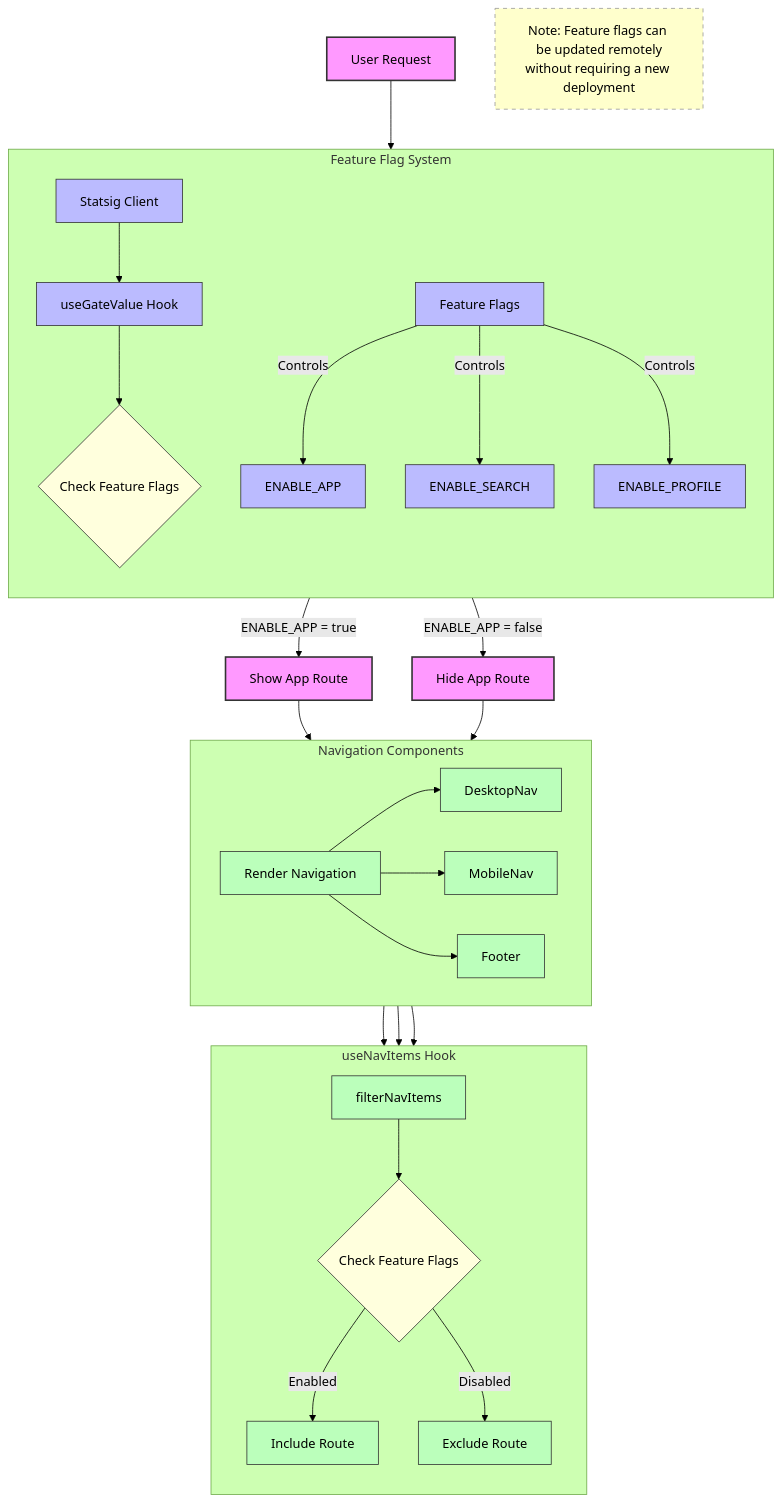
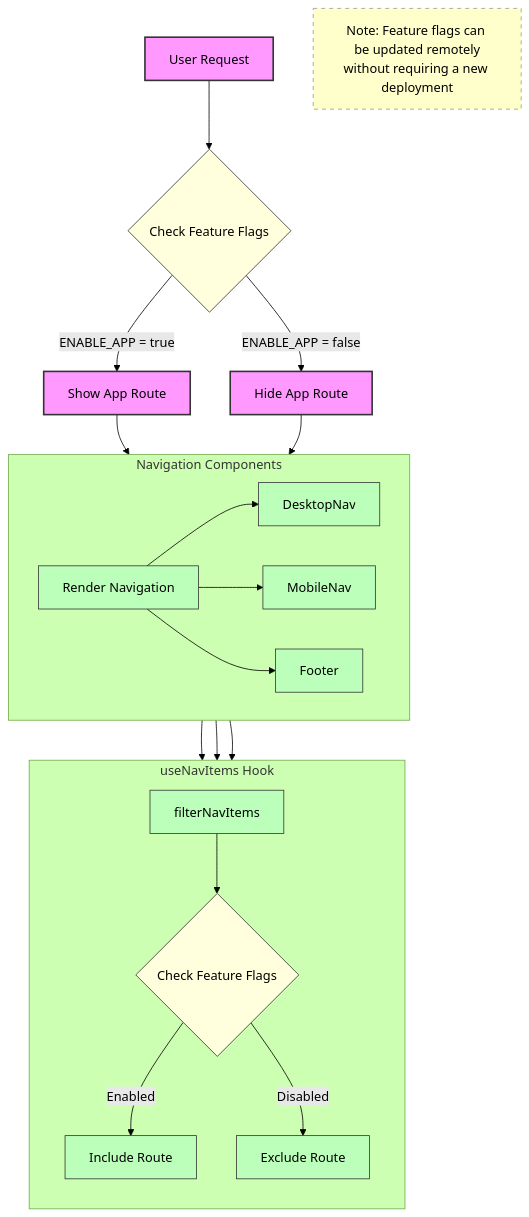
The third of 6 diagrams in README.md (sotomaque/emoji-map-next), drawn with Mermaid (forest theme) before and after one commit. The commit also changed other lines of this file and 12 other files, not shown here.

````diff
--- a/README.md
+++ b/README.md
@@ -501,57 +492,44 @@
 ```mermaid
 flowchart TD
     %% Feature Flag System Diagram
     %% Shows how feature flags control application behavior
 
     %% Define styles
     classDef userFlow fill:#f9f,stroke:#333,stroke-width:2px
     classDef featureFlag fill:#bbf,stroke:#333,stroke-width:1px
     classDef component fill:#bfb,stroke:#333,stroke-width:1px
     classDef decision fill:#ffd,stroke:#333,stroke-width:1px,shape:diamond
 
     %% User flow
     A[User Request]:::userFlow --> B{Check Feature Flags}:::decision
     B -->|ENABLE_APP = true| C[Show App Route]:::userFlow
     B -->|ENABLE_APP = false| D[Hide App Route]:::userFlow
 
     C --> E[Render Navigation]:::component
     D --> E
-
-    %% Feature Flag System components
-    subgraph "Feature Flag System"
-        direction TB
-        F[Statsig Client]:::featureFlag --> G[useGateValue Hook]:::featureFlag
-        G --> B
-
-        %% Add feature flag examples
-        H[Feature Flags]:::featureFlag
-        H --> |Controls| I[ENABLE_APP]:::featureFlag
-        H --> |Controls| J[ENABLE_SEARCH]:::featureFlag
-        H --> |Controls| K[ENABLE_PROFILE]:::featureFlag
-    end
 
     %% Navigation components
     subgraph "Navigation Components"
         direction LR
         E --> H1[DesktopNav]:::component
         E --> I1[MobileNav]:::component
         E --> J1[Footer]:::component
     end
 
     %% Nav items filtering
     subgraph "useNavItems Hook"
         direction TB
         K1[filterNavItems]:::component --> L{Check Feature Flags}:::decision
         L -->|Enabled| M[Include Route]:::component
         L -->|Disabled| N[Exclude Route]:::component
     end
 
     %% Connect components
     H1 --> K1
     I1 --> K1
     J1 --> K1
 
     %% Add notes
     note["Note: Feature flags can be updated remotely<br>without requiring a new deployment"]
     style note fill:#ffffcc,stroke:#999,stroke-width:1px,stroke-dasharray: 5 5
 ```
````
